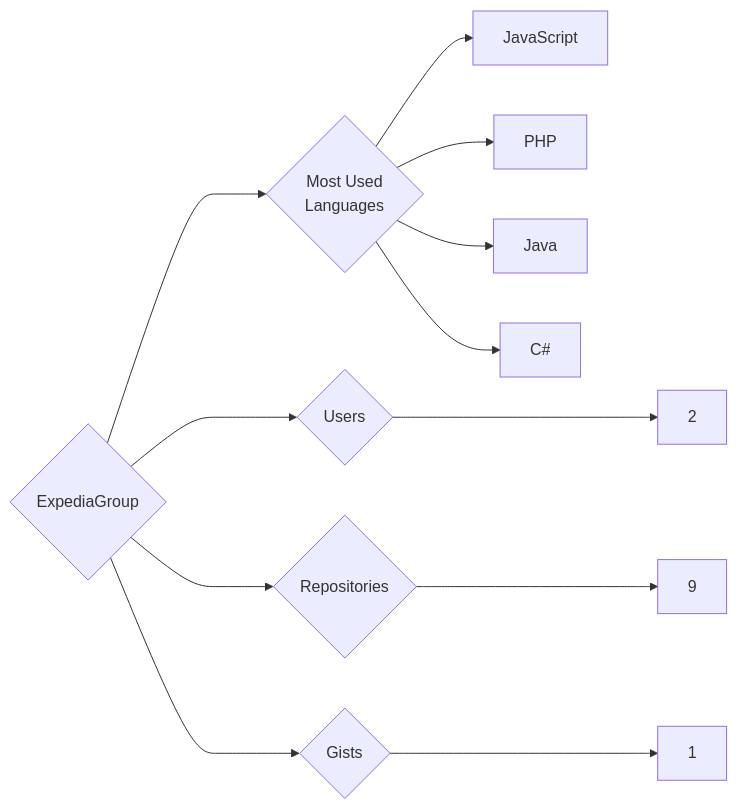
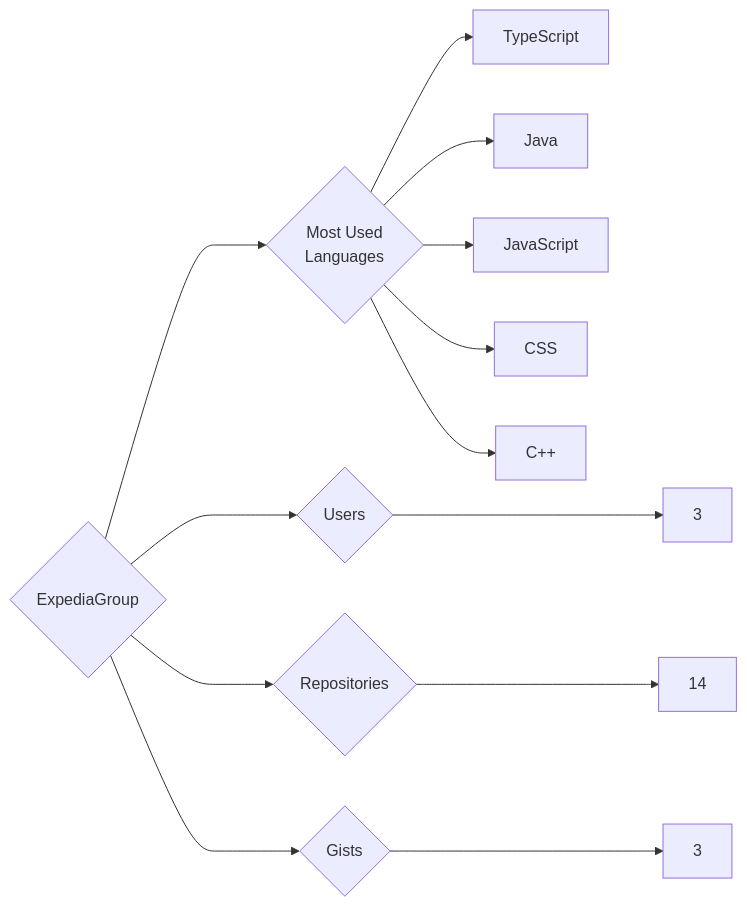
Before and after one commit to trickest/insiders: the diagram in targets/ExpediaGroup/README.md, drawn with Mermaid. The commit also changed 1141 other files, not shown here.

````diff
--- a/targets/ExpediaGroup/README.md
+++ b/targets/ExpediaGroup/README.md
@@ -3,12 +3,13 @@
 ```mermaid
 graph LR
 COMPANY_NAME{ExpediaGroup}
-COMPANY_NAME ---> U{Users} ---> UN[2]
-COMPANY_NAME ---> R{Repositories} ---> RN[9]
-COMPANY_NAME ---> G{Gists} ---> GN[1]
+COMPANY_NAME ---> U{Users} ---> UN[3]
+COMPANY_NAME ---> R{Repositories} ---> RN[14]
+COMPANY_NAME ---> G{Gists} ---> GN[3]
 COMPANY_NAME ---> ML{Most Used<br>Languages}
+ML --> TypeScript[TypeScript]
+ML --> Java[Java]
 ML --> JavaScript[JavaScript]
-ML --> PHP[PHP]
-ML --> Java[Java]
-ML --> C#[C#]
+ML --> CSS[CSS]
+ML --> C++[C++]
 ```
````
